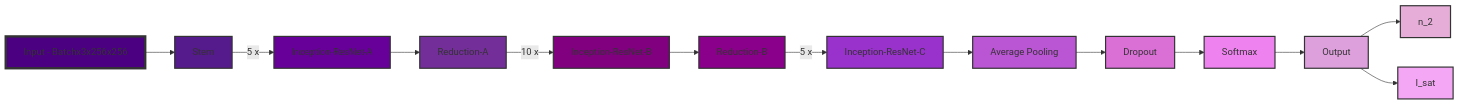
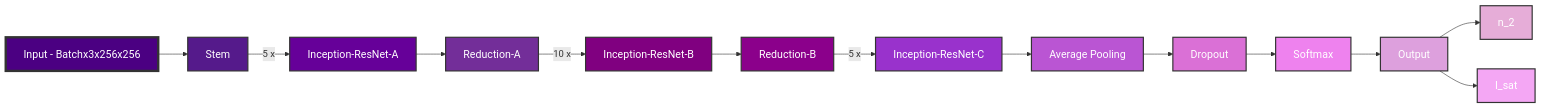
Before and after one commit to Quantum-Optics-LKB/xp2nlse-ml: the first of 3 diagrams in README.md, drawn with Mermaid. The commit also changed other lines of this file, not shown here.

````diff
--- a/README.md
+++ b/README.md
@@ -45,29 +45,29 @@
 ```mermaid
 graph LR
     A[Input - Batchx3x256x256] --> B[Stem]
     B -->|5 x| C[Inception-ResNet-A]
     C --> D[Reduction-A]
     D -->|10 x| E[Inception-ResNet-B]
     E --> F[Reduction-B]
     F -->|5 x| G[Inception-ResNet-C]
     G --> H[Average Pooling]
     H --> I[Dropout]
     I --> J[Softmax]
     J --> K[Output]
     K --> L[n_2]
     K --> M[I_sat]
 
-    style A fill:#4b0082,stroke:#333,stroke-width:4px
-    style B fill:#551a8b,stroke:#333,stroke-width:2px
-    style C fill:#660099,stroke:#333,stroke-width:2px
-    style D fill:#732e99,stroke:#333,stroke-width:2px
-    style E fill:#800080,stroke:#333,stroke-width:2px
-    style F fill:#8b008b,stroke:#333,stroke-width:2px
-    style G fill:#9932cc,stroke:#333,stroke-width:2px
-    style H fill:#ba55d3,stroke:#333,stroke-width:2px
-    style I fill:#da70d6,stroke:#333,stroke-width:2px
-    style J fill:#ee82ee,stroke:#333,stroke-width:2px
-    style K fill:#dda0dd,stroke:#333,stroke-width:2px
-    style L fill:#e6add8,stroke:#333,stroke-width:2px
-    style M fill:#f4a7f4,stroke:#333,stroke-width:2px
+    style A fill:#4b0082,stroke:#333,stroke-width:4px,color:#fff,font-size:18px,shape:rect
+    style B fill:#551a8b,stroke:#333,stroke-width:2px,color:#fff,font-size:18px,shape:rect
+    style C fill:#660099,stroke:#333,stroke-width:2px,color:#fff,font-size:18px,shape:rect
+    style D fill:#732e99,stroke:#333,stroke-width:2px,color:#fff,font-size:18px,shape:rect
+    style E fill:#800080,stroke:#333,stroke-width:2px,color:#fff,font-size:18px,shape:rect
+    style F fill:#8b008b,stroke:#333,stroke-width:2px,color:#fff,font-size:18px,shape:rect
+    style G fill:#9932cc,stroke:#333,stroke-width:2px,color:#fff,font-size:18px,shape:rect
+    style H fill:#ba55d3,stroke:#333,stroke-width:2px,color:#fff,font-size:18px,shape:rect
+    style I fill:#da70d6,stroke:#333,stroke-width:2px,color:#fff,font-size:18px,shape:rect
+    style J fill:#ee82ee,stroke:#333,stroke-width:2px,color:#fff,font-size:18px,shape:rect
+    style K fill:#dda0dd,stroke:#333,stroke-width:2px,color:#fff,font-size:18px,shape:rect
+    style L fill:#e6add8,stroke:#333,stroke-width:2px,color:#fff,font-size:18px,shape:rect
+    style M fill:#f4a7f4,stroke:#333,stroke-width:2px,color:#fff,font-size:18px,shape:rect
 ```
````
